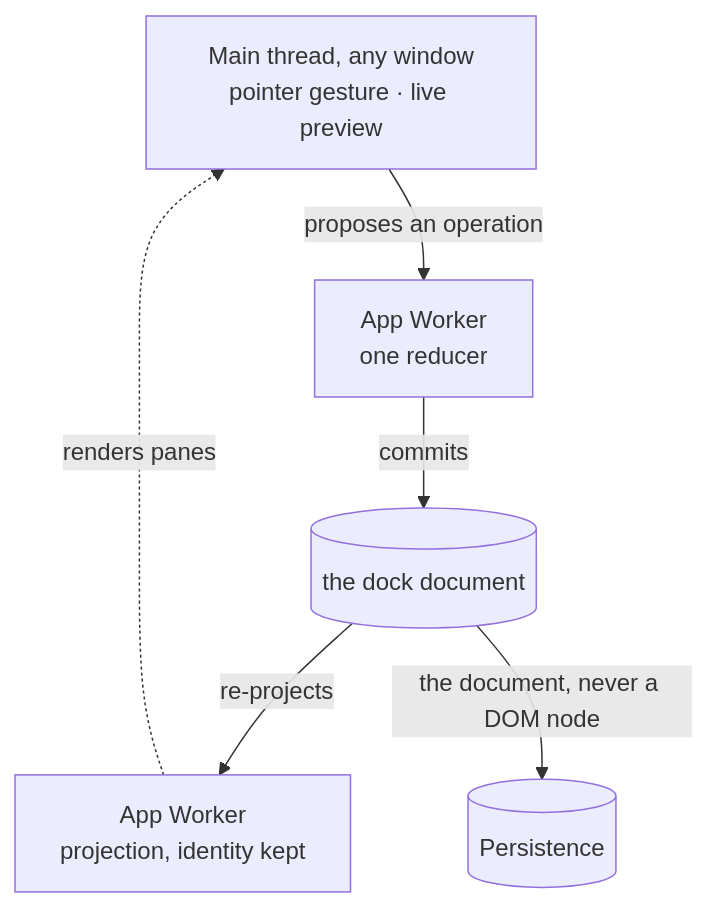
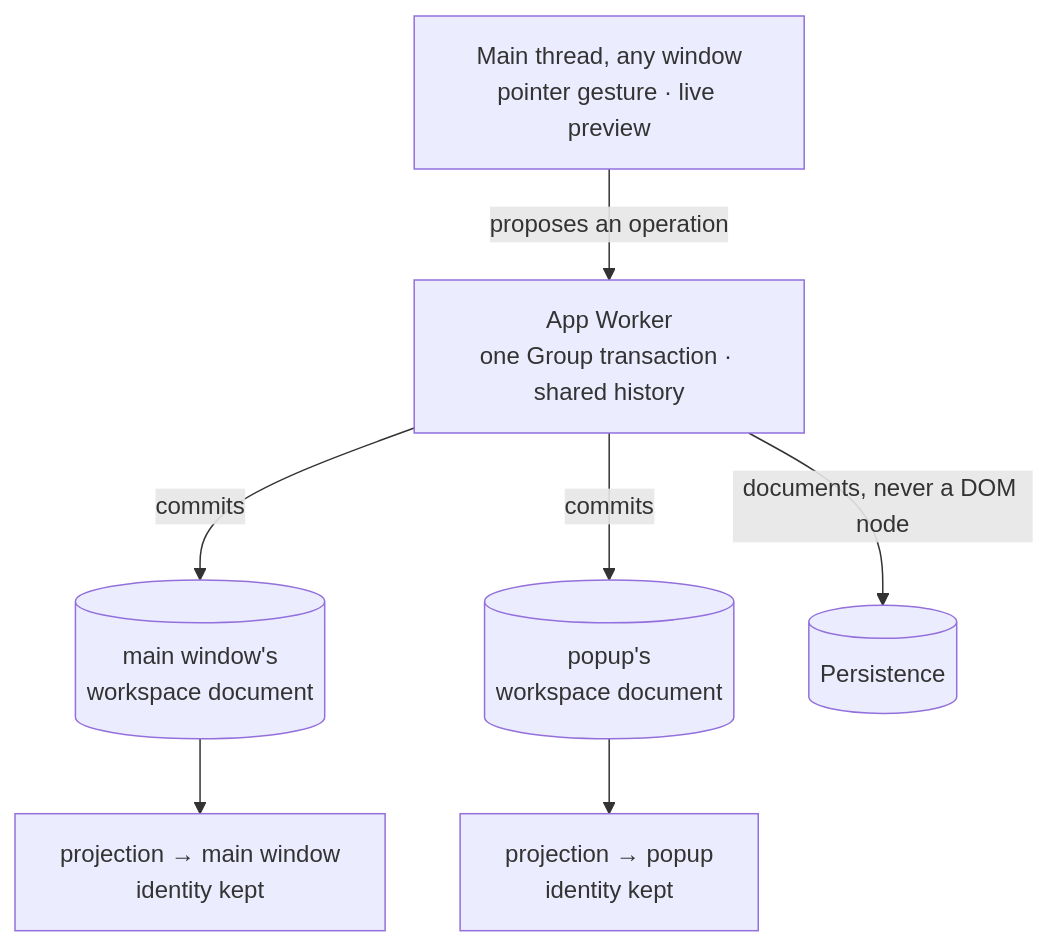
One commit to neomjs/neo changed the second of 2 diagrams in learn/blog/a-workspace-that-can-leave-its-window.md. Above: the diagram before and after it, drawn with Mermaid. The commit also changed other lines of this file, not shown here.

First line of the commit message:
docs(blog): the multi-window post frames instances and per-window documents (#9854)

````diff
--- a/learn/blog/a-workspace-that-can-leave-its-window.md
+++ b/learn/blog/a-workspace-that-can-leave-its-window.md
@@ -55,13 +59,16 @@
 ```mermaid
 flowchart TD
     gesture["Main thread, any window<br/>pointer gesture · live preview"]
-    reducer["App Worker<br/>one reducer"]
-    doc[("the dock document")]
-    project["App Worker<br/>projection, identity kept"]
+    group["App Worker<br/>one Group transaction · shared history"]
+    mainDoc[("main window's<br/>workspace document")]
+    popupDoc[("popup's<br/>workspace document")]
+    mainView["projection → main window<br/>identity kept"]
+    popupView["projection → popup<br/>identity kept"]
     store[("Persistence")]
-    gesture -- "proposes an operation" --> reducer
-    reducer -- "commits" --> doc
-    doc -- "re-projects" --> project
-    project -. "renders panes" .-> gesture
-    doc -- "the document, never a DOM node" --> store
+    gesture -- "proposes an operation" --> group
+    group -- "commits" --> mainDoc
+    group -- "commits" --> popupDoc
+    mainDoc --> mainView
+    popupDoc --> popupView
+    group -- "documents, never a DOM node" --> store
 ```
````
